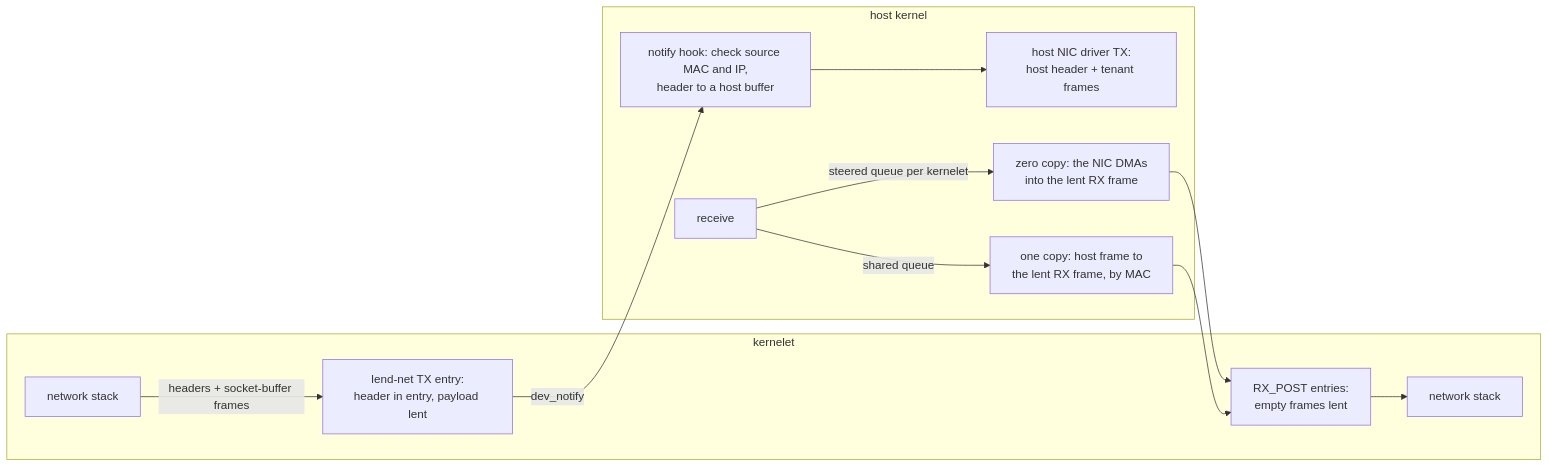
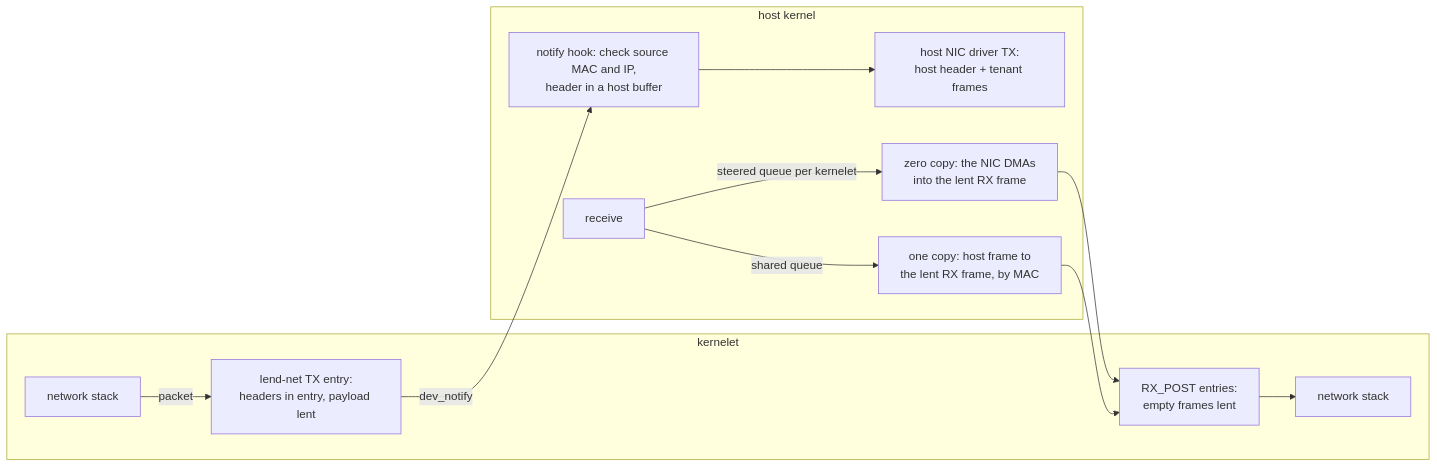
The third of 4 diagrams in src/blueprint/design/zero-copy-io.md (tatetian/kernelet-book), drawn with Mermaid before and after one commit. The commit also changed other lines of this file and 5 other files, not shown here.

````diff
--- a/src/blueprint/design/zero-copy-io.md
+++ b/src/blueprint/design/zero-copy-io.md
@@ -117,15 +116,15 @@
 ```mermaid
 flowchart LR
   subgraph kl ["kernelet"]
-    st[network stack] -->|headers + socket-buffer frames| tx[lend-net TX entry:<br/>header in entry, payload lent]
+    st[network stack] -->|packet| tx[lend-net TX entry:<br/>headers in entry, payload lent]
     rxq[RX_POST entries:<br/>empty frames lent] --> st2[network stack]
   end
   subgraph hk ["host kernel"]
-    hook[notify hook: check source MAC and IP,<br/>header to a host buffer] --> nic[host NIC driver TX:<br/>host header + tenant frames]
+    hook[notify hook: check source MAC and IP,<br/>header in a host buffer] --> nic[host NIC driver TX:<br/>host header + tenant frames]
     rq[receive] -->|steered queue per kernelet| rz[zero copy: the NIC DMAs<br/>into the lent RX frame]
     rq -->|shared queue| rc[one copy: host frame to<br/>the lent RX frame, by MAC]
   end
   tx -->|dev_notify| hook
   rz --> rxq
   rc --> rxq
 ```
````
